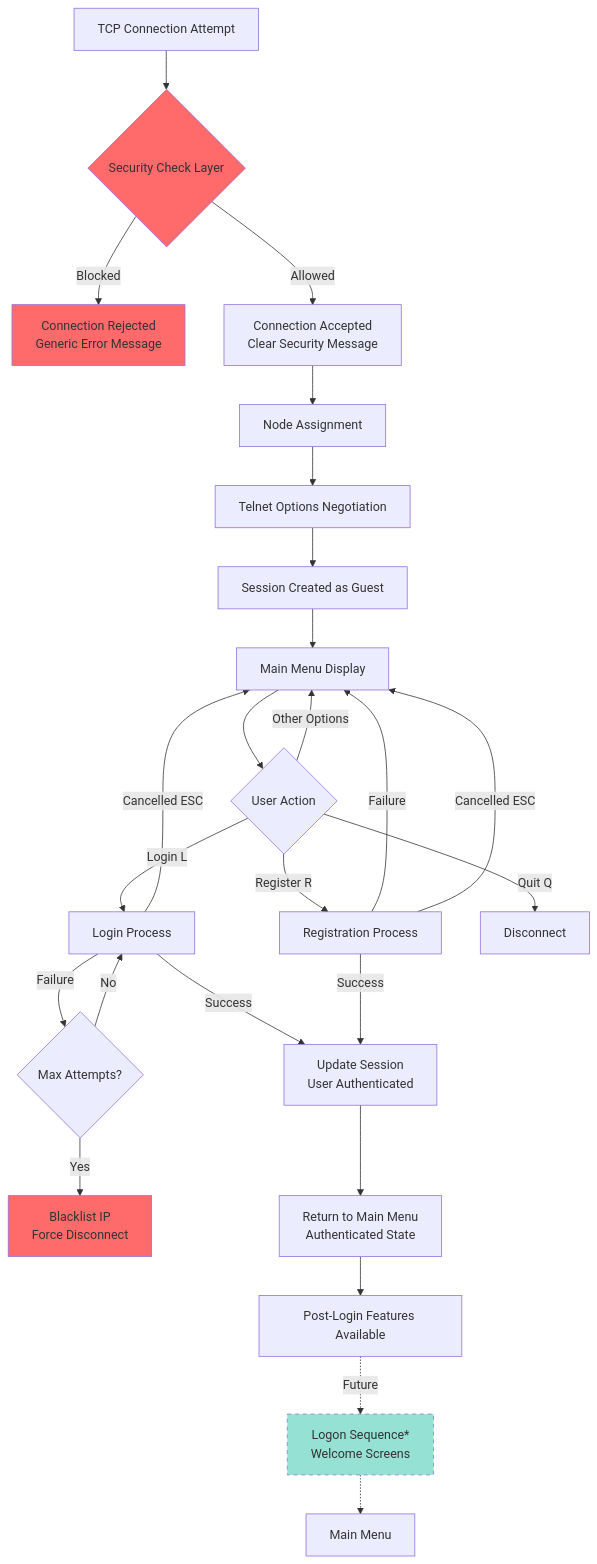
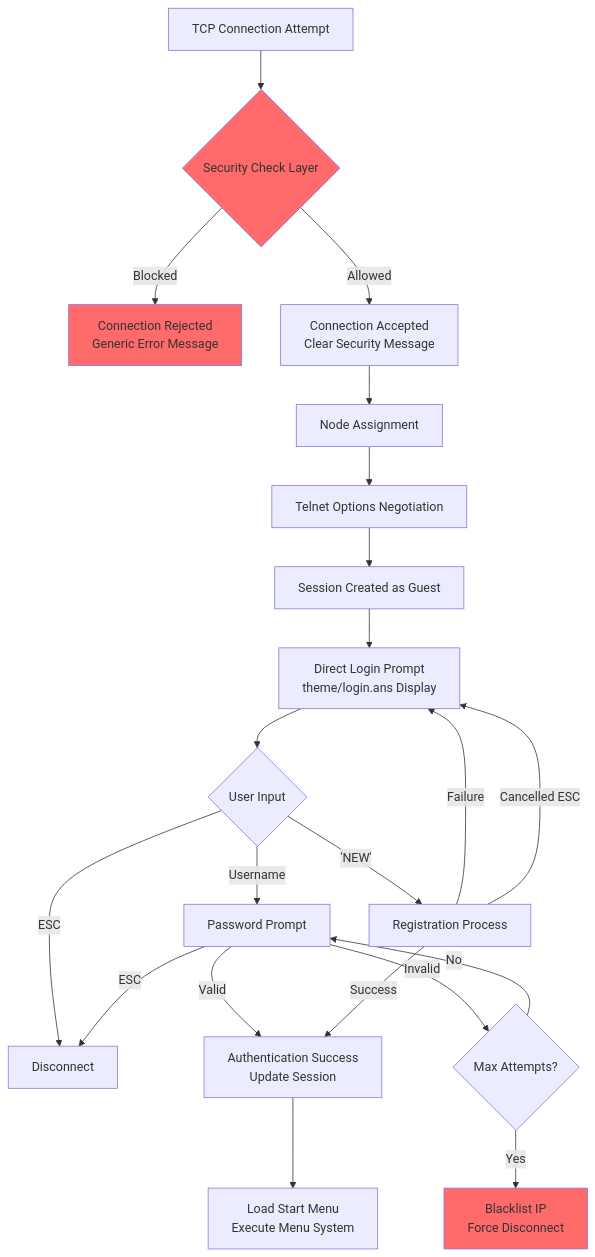
One commit to robbiew/ReTRoGRaDe changed the diagram in memory-bank/applicationFlow.md. Above: the diagram before and after it, drawn with Mermaid. The commit also changed other lines of this file and 2486 other files, not shown here.

````diff
--- a/memory-bank/applicationFlow.md
+++ b/memory-bank/applicationFlow.md
@@ -16,39 +16,33 @@
 ```mermaid
 graph TD
     A[TCP Connection Attempt] --> B{Security Check Layer}
     B -->|Blocked| C[Connection Rejected<br/>Generic Error Message]
     B -->|Allowed| D[Connection Accepted<br/>Clear Security Message]
 
     D --> E[Node Assignment]
     E --> F[Telnet Options Negotiation]
     F --> G[Session Created as Guest]
-    G --> H[Main Menu Display]
+    G --> H[Direct Login Prompt<br/>theme/login.ans Display]
 
-    H --> I{User Action}
+    H --> I{User Input}
 
-    I -->|Login L| J[Login Process]
-    I -->|Register R| K[Registration Process]
-    I -->|Other Options| H
-    I -->|Quit Q| Z[Disconnect]
+    I -->|Username| J[Password Prompt]
+    I -->|'NEW'| K[Registration Process]
+    I -->|ESC| Z[Disconnect]
 
-    J -->|Success| L[Update Session<br/>User Authenticated]
-    J -->|Failure| M{Max Attempts?}
+    J -->|Valid| L[Authentication Success<br/>Update Session]
+    J -->|Invalid| M{Max Attempts?}
     M -->|Yes| N[Blacklist IP<br/>Force Disconnect]
     M -->|No| J
-    J -->|Cancelled ESC| H
+    J -->|ESC| Z[Disconnect]
 
     K -->|Success| L
     K -->|Failure| H
     K -->|Cancelled ESC| H
 
-    L --> O[Return to Main Menu<br/>Authenticated State]
-    O --> P[Post-Login Features Available]
-
-    P -.->|Future| Q[Logon Sequence*<br/>Welcome Screens]
-    Q -.-> R[Main Menu]
+    L --> O[Load Start Menu<br/>Execute Menu System]
 
     style B fill:#ff6b6b
     style C fill:#ff6b6b
     style N fill:#ff6b6b
-    style Q fill:#95e1d3,stroke-dasharray: 5 5
 ```
````
